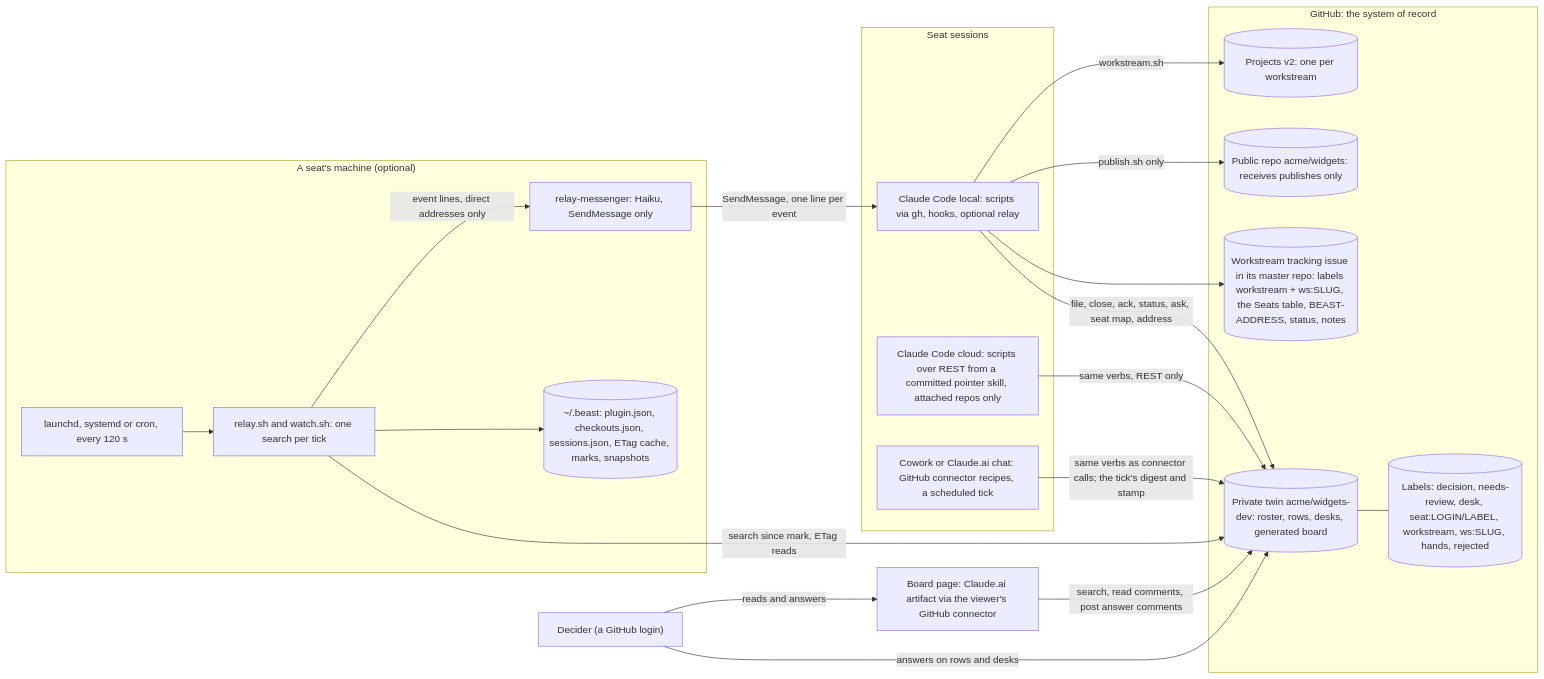
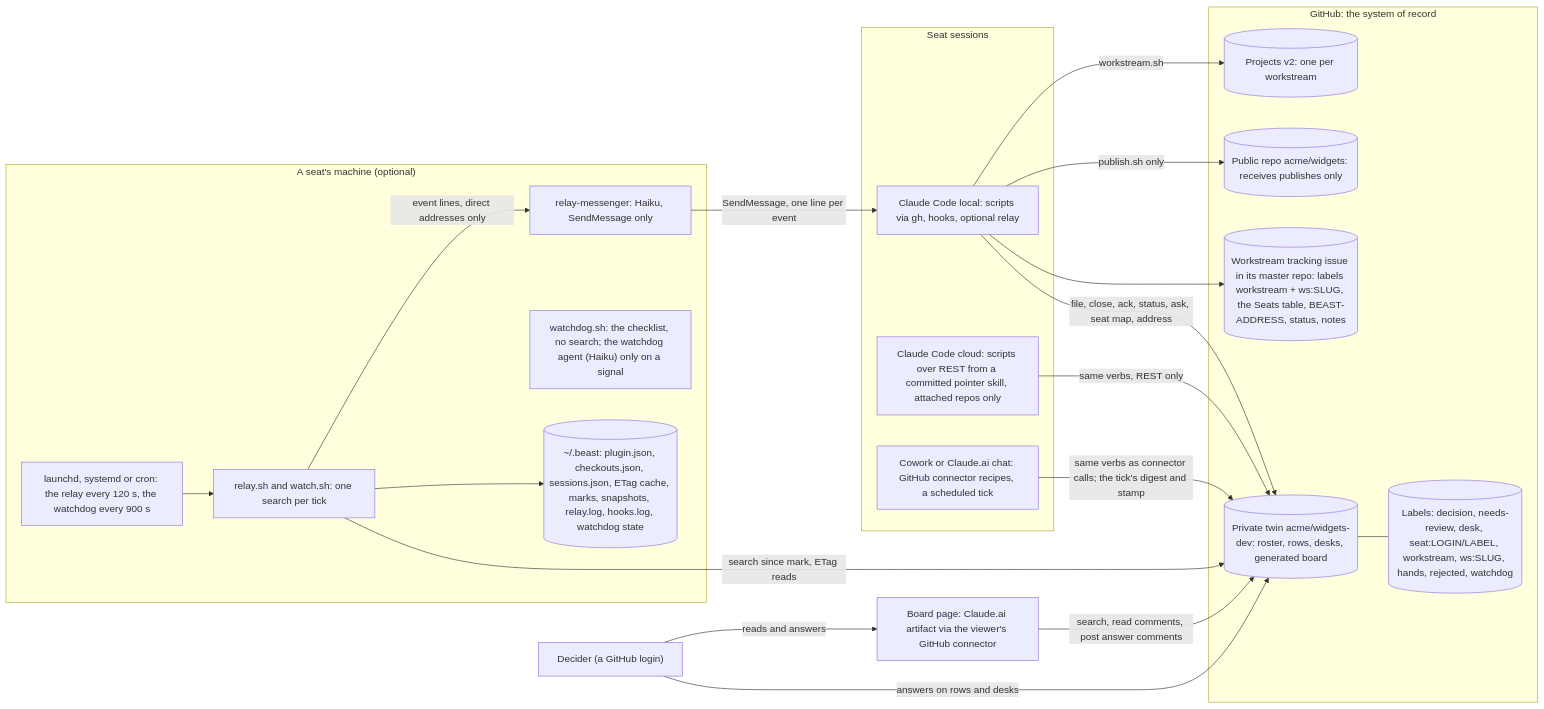
One commit to DeSciX/daita-beast changed the first of 2 diagrams in docs/design/architecture.md. Above: the diagram before and after it, drawn with Mermaid. The commit also changed other lines of this file and 26 other files, not shown here.

````diff
--- a/docs/design/architecture.md
+++ b/docs/design/architecture.md
@@ -7,43 +7,44 @@
 ```mermaid
 flowchart LR
   D["Decider (a GitHub login)"]
 
   subgraph Surfaces["Seat sessions"]
     CL["Claude Code local: scripts via gh, hooks, optional relay"]
     CC["Claude Code cloud: scripts over REST from a committed pointer skill, attached repos only"]
     CW["Cowork or Claude.ai chat: GitHub connector recipes, a scheduled tick"]
   end
 
   subgraph GH["GitHub: the system of record"]
     TW[("Private twin acme/widgets-dev: roster, rows, desks, generated board")]
     WS[("Workstream tracking issue in its master repo: labels workstream + ws:SLUG, the Seats table, BEAST-ADDRESS, status, notes")]
     PB[("Public repo acme/widgets: receives publishes only")]
     PJ[("Projects v2: one per workstream")]
-    LB[("Labels: decision, needs-review, desk, seat:LOGIN/LABEL, workstream, ws:SLUG, hands, rejected")]
+    LB[("Labels: decision, needs-review, desk, seat:LOGIN/LABEL, workstream, ws:SLUG, hands, rejected, watchdog")]
   end
 
   subgraph Machine["A seat's machine (optional)"]
-    SCH["launchd, systemd or cron, every 120 s"]
+    SCH["launchd, systemd or cron: the relay every 120 s, the watchdog every 900 s"]
     RS["relay.sh and watch.sh: one search per tick"]
     HM["relay-messenger: Haiku, SendMessage only"]
-    CA[("~/.beast: plugin.json, checkouts.json, sessions.json, ETag cache, marks, snapshots")]
+    WD["watchdog.sh: the checklist, no search; the watchdog agent (Haiku) only on a signal"]
+    CA[("~/.beast: plugin.json, checkouts.json, sessions.json, ETag cache, marks, snapshots, relay.log, hooks.log, watchdog state")]
   end
 
   BP["Board page: Claude.ai artifact via the viewer's GitHub connector"]
 
   D -->|answers on rows and desks| TW
   D -->|reads and answers| BP
   BP -->|search, read comments, post answer comments| TW
   CL -->|file, close, ack, status, ask, seat map, address| TW
   CL --> WS
   CC -->|same verbs, REST only| TW
   CW -->|same verbs as connector calls; the tick's digest and stamp| TW
   CL -->|publish.sh only| PB
   CL -->|workstream.sh| PJ
   TW --- LB
   SCH --> RS
   RS -->|search since mark, ETag reads| TW
   RS --> CA
   RS -->|event lines, direct addresses only| HM
   HM -->|SendMessage, one line per event| CL
 ```
````
